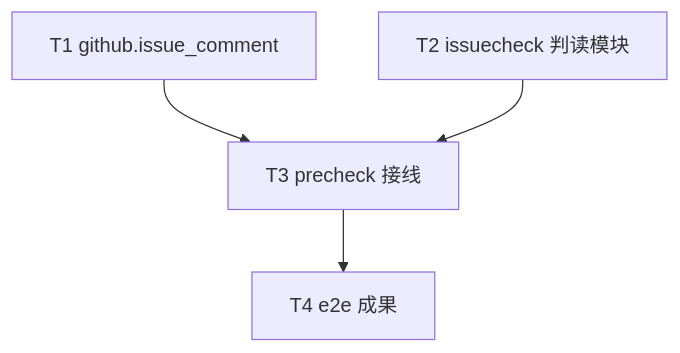
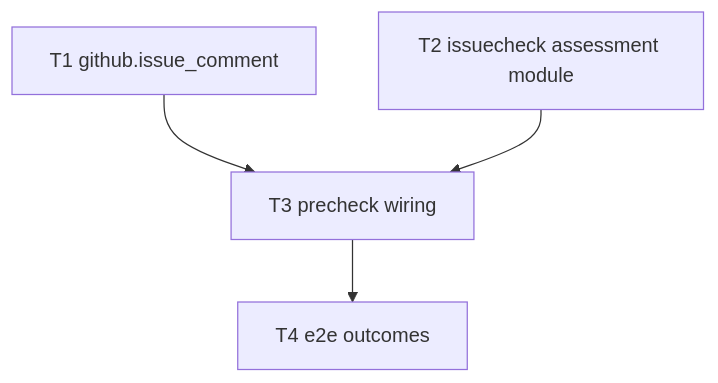
Before and after one commit to Curry09/OpenAgents: the diagram in docs/specs/0043-issue-conflict-precheck.md, drawn with Mermaid. The commit also changed other lines of this file and 461 other files, not shown here.

````diff
--- a/docs/specs/0043-issue-conflict-precheck.md
+++ b/docs/specs/0043-issue-conflict-precheck.md
@@ -215,6 +216,6 @@
 ```mermaid
 graph TD
-  T1[T1 github.issue_comment] --> T3[T3 precheck 接线]
-  T2[T2 issuecheck 判读模块] --> T3
-  T3 --> T4[T4 e2e 成果]
+  T1[T1 github.issue_comment] --> T3[T3 precheck wiring]
+  T2[T2 issuecheck assessment module] --> T3
+  T3 --> T4[T4 e2e outcomes]
 ```
````
